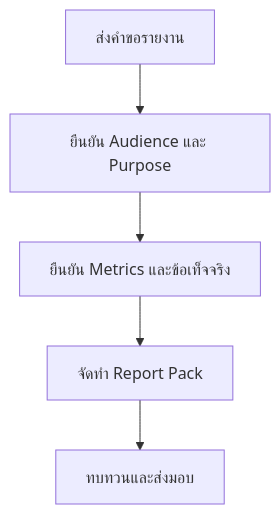
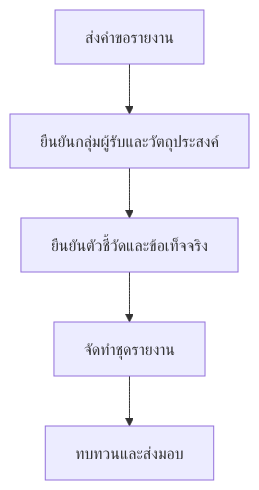
One commit to nutthakorn7/SOC-Standard-Operating-Procedures changed the diagram in 11_Reporting_Templates/Executive_Reporting_Request.th.md. Above: the diagram before and after it, drawn with Mermaid. The commit also changed other lines of this file and 20 other files, not shown here.

````diff
--- a/11_Reporting_Templates/Executive_Reporting_Request.th.md
+++ b/11_Reporting_Templates/Executive_Reporting_Request.th.md
@@ -6,7 +6,7 @@
 ```mermaid
 graph TD
-    A["ส่งคำขอรายงาน"] --> B["ยืนยัน Audience และ Purpose"]
-    B --> C["ยืนยัน Metrics และข้อเท็จจริง"]
-    C --> D["จัดทำ Report Pack"]
+    A["ส่งคำขอรายงาน"] --> B["ยืนยันกลุ่มผู้รับและวัตถุประสงค์"]
+    B --> C["ยืนยันตัวชี้วัดและข้อเท็จจริง"]
+    C --> D["จัดทำชุดรายงาน"]
     D --> E["ทบทวนและส่งมอบ"]
 ```
````
